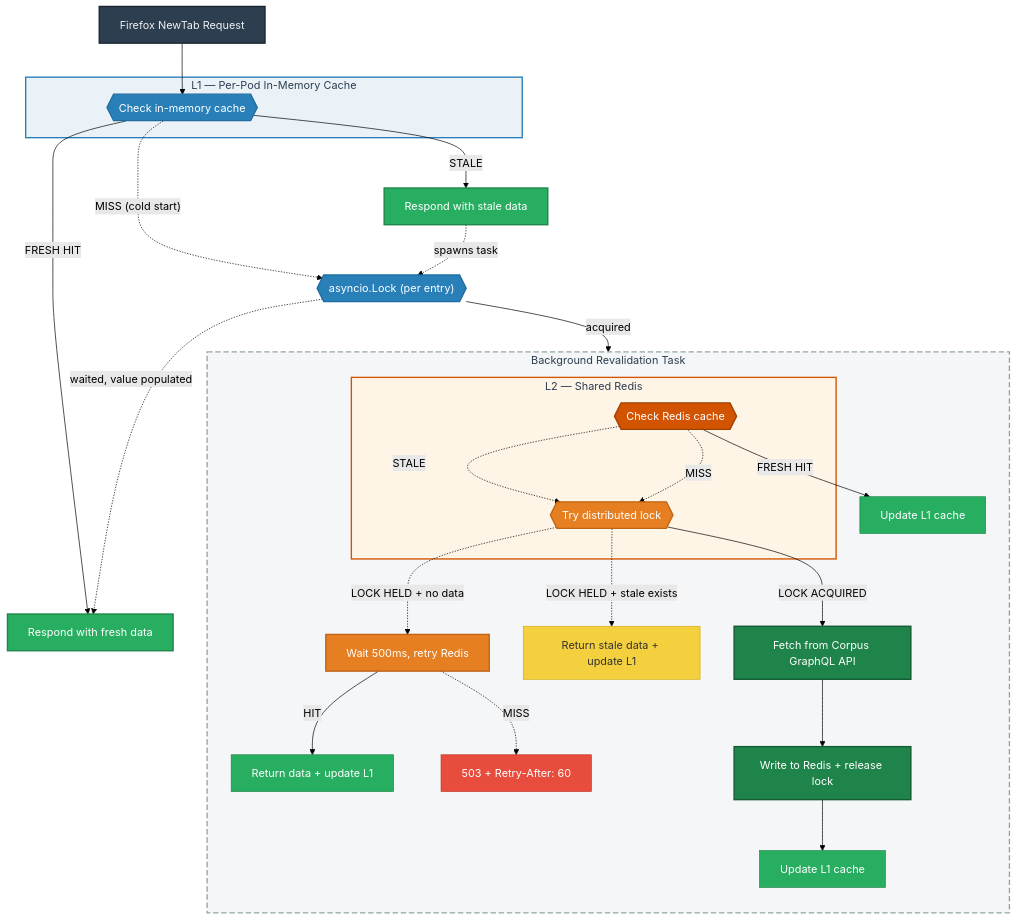
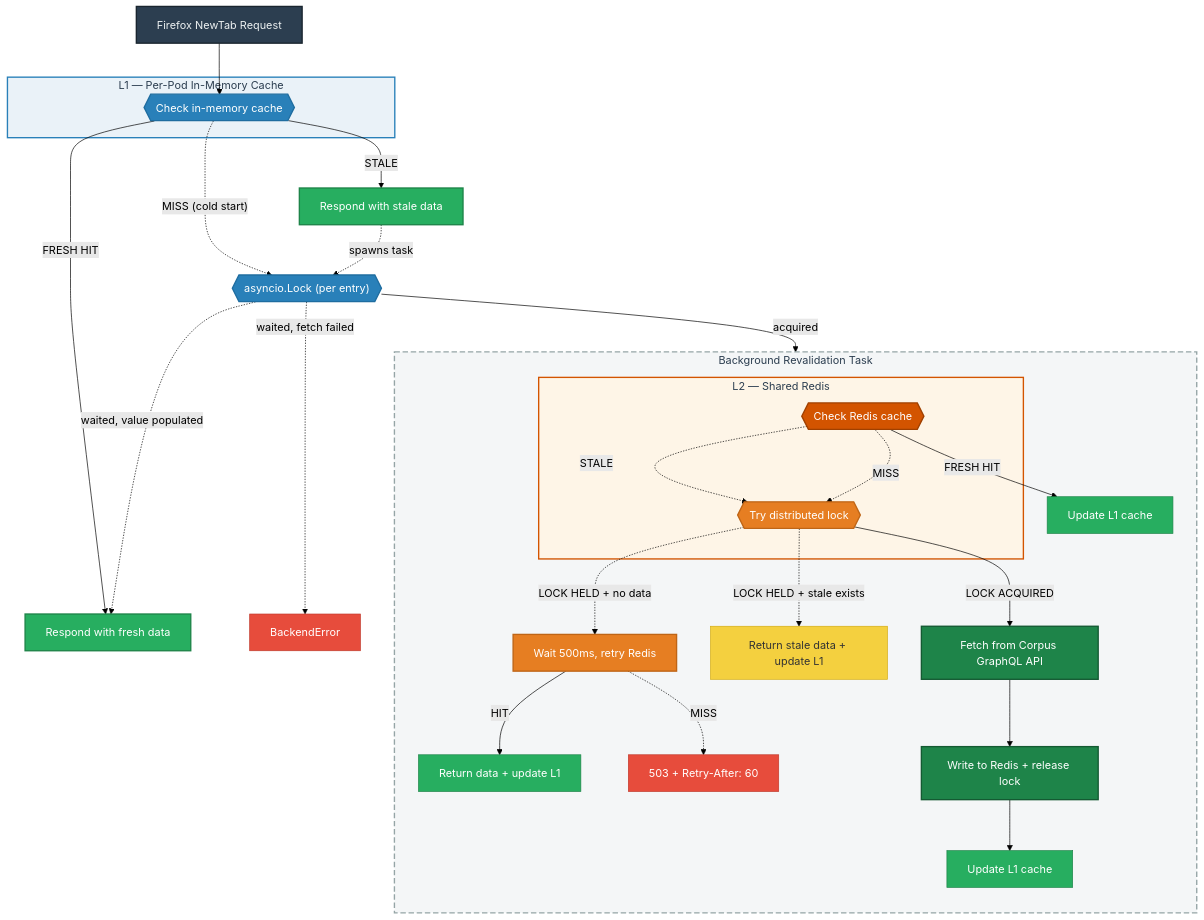
One commit to mozilla-services/merino-py changed the diagram in docs/operations/curated-recommendations/corpus-cache.md. Above: the diagram before and after it, drawn with Mermaid (forest theme).

Commit message:
Add BackendError path from asyncio.Lock when fetch fails

````diff
--- a/docs/operations/curated-recommendations/corpus-cache.md
+++ b/docs/operations/curated-recommendations/corpus-cache.md
@@ -11,71 +11,73 @@
 ```mermaid
 flowchart TB
     req["Firefox NewTab Request"]
 
     subgraph L1 ["L1 — Per-Pod In-Memory Cache"]
         check_l1{{"Check in-memory cache"}}
     end
 
     respond_fresh["Respond with fresh data"]
     respond_stale["Respond with stale data"]
 
     subgraph bg ["Background Revalidation Task"]
         direction TB
 
         subgraph L2 ["L2 — Shared Redis"]
             check_l2{{"Check Redis cache"}}
             acquire_lock{{"Try distributed lock"}}
         end
 
         api["Fetch from Corpus GraphQL API"]
         write["Write to Redis + release lock"]
         retry_redis["Wait 500ms, retry Redis"]
         done_l2["Update L1 cache"]
         done_api["Update L1 cache"]
         done_retry["Return data + update L1"]
         serve_stale["Return stale data + update L1"]
         return_503["503 + Retry-After: 60"]
     end
 
     req --> check_l1
 
     check_l1 -- "FRESH HIT" --> respond_fresh
     check_l1 -- "STALE" --> respond_stale
     check_l1 -. "MISS (cold start)" .-> l1_lock{{"asyncio.Lock (per entry)"}}
 
     respond_stale -. "spawns task" .-> l1_lock
     l1_lock -- "acquired" --> check_l2
     l1_lock -. "waited, value populated" .-> respond_fresh
+    l1_lock -. "waited, fetch failed" .-> return_error["BackendError"]
 
     check_l2 -- "FRESH HIT" --> done_l2
     check_l2 -. "STALE" .-> acquire_lock
     check_l2 -. "MISS" .-> acquire_lock
 
     acquire_lock -- "LOCK ACQUIRED" --> api
     acquire_lock -. "LOCK HELD + stale exists" .-> serve_stale
     acquire_lock -. "LOCK HELD + no data" .-> retry_redis
 
     retry_redis -- "HIT" --> done_retry
     retry_redis -. "MISS" .-> return_503
 
     api --> write --> done_api
 
     style req fill:#2c3e50,stroke:#1a252f,color:#ecf0f1,stroke-width:2px
     style check_l1 fill:#2980b9,stroke:#1f6da0,color:#fff,stroke-width:2px
     style l1_lock fill:#2980b9,stroke:#1f6da0,color:#fff,stroke-width:2px
     style check_l2 fill:#d35400,stroke:#a04000,color:#fff,stroke-width:2px
     style acquire_lock fill:#e67e22,stroke:#bf6516,color:#fff,stroke-width:2px
     style api fill:#1e8449,stroke:#145a32,color:#fff,stroke-width:2px
     style write fill:#1e8449,stroke:#145a32,color:#fff,stroke-width:2px
     style respond_fresh fill:#27ae60,stroke:#1e8449,color:#fff,stroke-width:2px
     style respond_stale fill:#27ae60,stroke:#1e8449,color:#fff,stroke-width:2px
     style serve_stale fill:#f4d03f,stroke:#d4ac0f,color:#333
     style retry_redis fill:#e67e22,stroke:#bf6516,color:#fff,stroke-width:2px
     style done_l2 fill:#27ae60,stroke:#1e8449,color:#fff
     style done_api fill:#27ae60,stroke:#1e8449,color:#fff
     style done_retry fill:#27ae60,stroke:#1e8449,color:#fff
     style return_503 fill:#e74c3c,stroke:#c0392b,color:#fff
+    style return_error fill:#e74c3c,stroke:#c0392b,color:#fff
     style L1 fill:#eaf2f8,stroke:#2980b9,stroke-width:2px,color:#2c3e50
     style L2 fill:#fef5e7,stroke:#d35400,stroke-width:2px,color:#2c3e50
     style bg fill:#f4f6f7,stroke:#95a5a6,stroke-width:2px,stroke-dasharray: 8 4,color:#2c3e50
 ```
````
